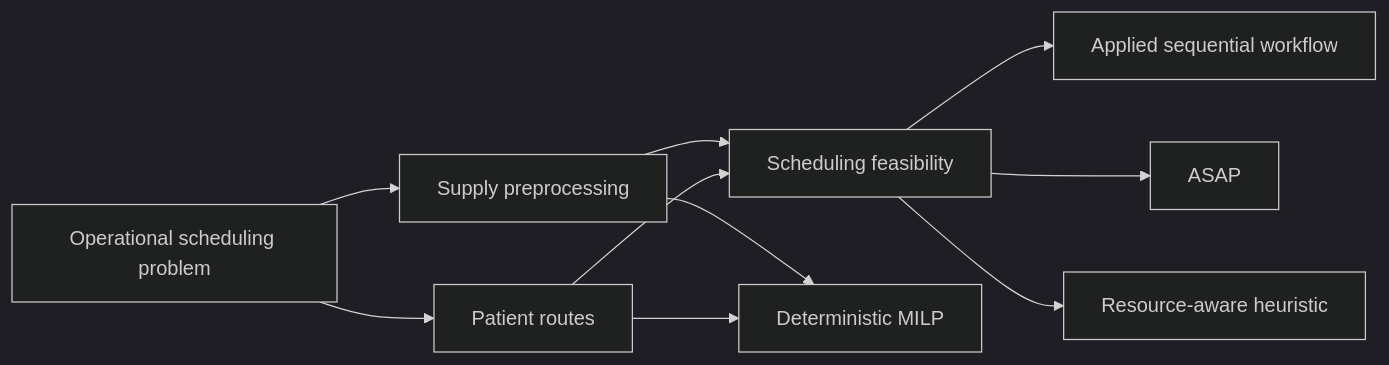
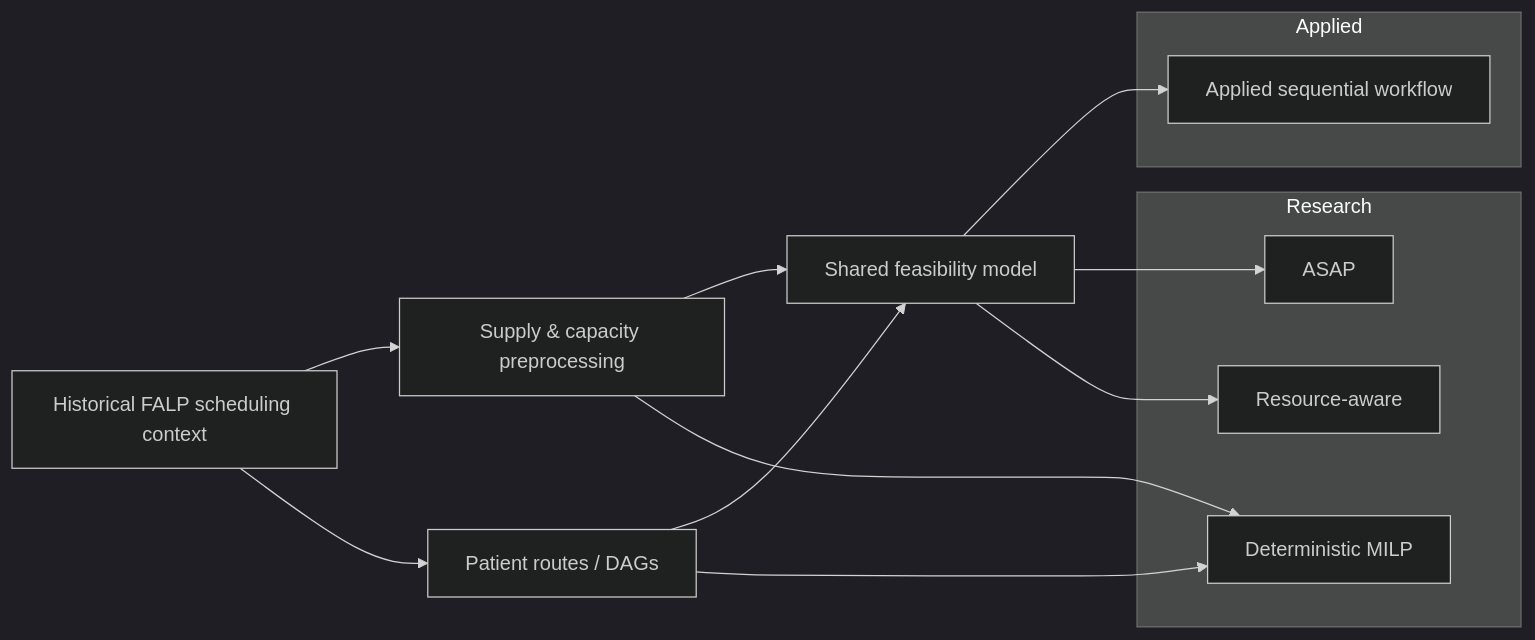
Before and after one commit to FrancoQuezada/oncology-multi-appointment-scheduling: the diagram in README.md, drawn with Mermaid (dark theme). The commit also changed other lines of this file, not shown here.

````diff
--- a/README.md
+++ b/README.md
@@ -81,12 +105,23 @@
 ```mermaid
 flowchart LR
-    A[Operational scheduling problem] --> B[Supply preprocessing]
-    A --> C[Patient routes]
-    B --> D[Scheduling feasibility]
+    A[Historical FALP scheduling context] --> B[Supply & capacity preprocessing]
+    A --> C[Patient routes / DAGs]
+    B --> D[Shared feasibility model]
     C --> D
+
     D --> E[Applied sequential workflow]
     D --> F[ASAP]
-    D --> G[Resource-aware heuristic]
+    D --> G[Resource-aware]
     B --> H[Deterministic MILP]
     C --> H
+
+    subgraph Applied
+        E
+    end
+
+    subgraph Research
+        F
+        G
+        H
+    end
 ```
````
